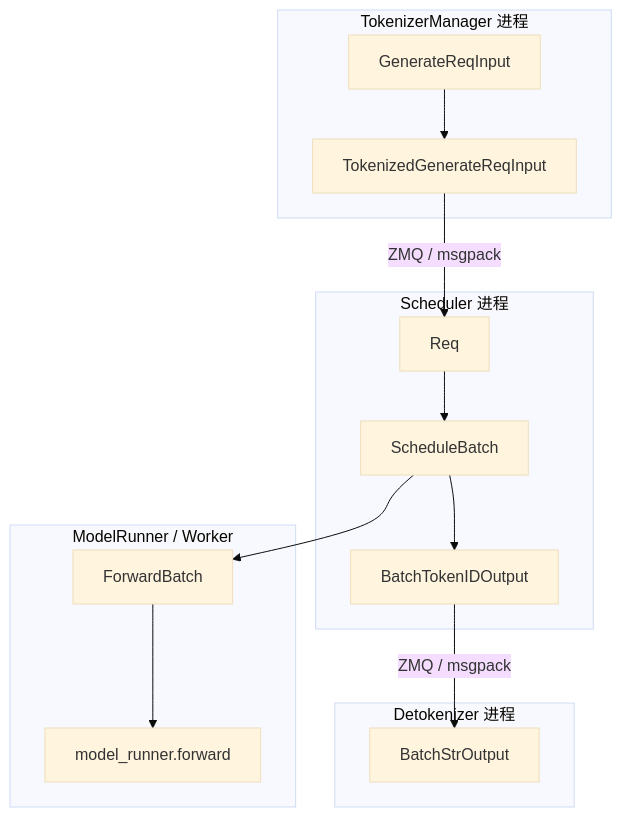
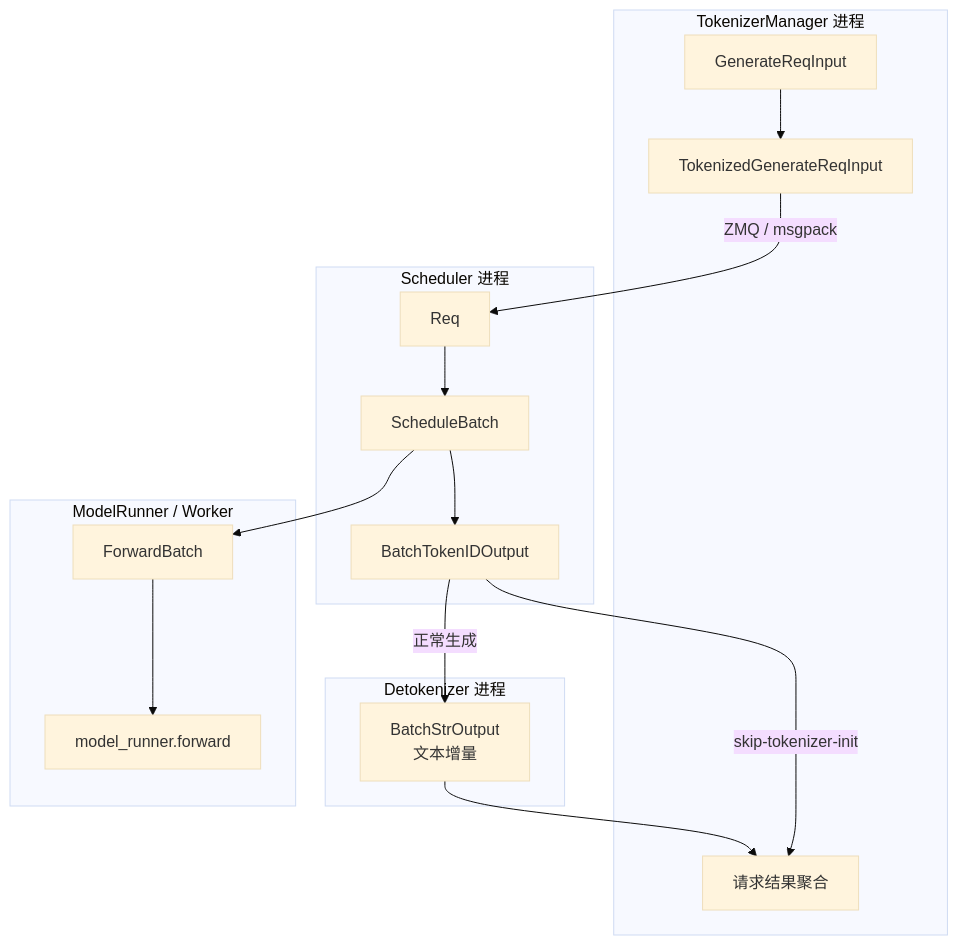
One commit to OnlyHero5/sglang-reading-vault changed the first of 2 diagrams in sglang_reading/请求调度/ScheduleBatch数据结构/SGLang-ScheduleBatch数据结构-数据流.md. Above: the diagram before and after it, drawn with Mermaid (base theme). The commit also changed other lines of this file and 512 other files, not shown here.

````diff
--- a/sglang_reading/请求调度/ScheduleBatch数据结构/SGLang-ScheduleBatch数据结构-数据流.md
+++ b/sglang_reading/请求调度/ScheduleBatch数据结构/SGLang-ScheduleBatch数据结构-数据流.md
@@ -26,29 +26,32 @@
 ```mermaid
 flowchart TB
     subgraph "TokenizerManager 进程"
         G["GenerateReqInput"]
         TG["TokenizedGenerateReqInput"]
+        TMOUT["请求结果聚合"]
     end
 
     subgraph "Scheduler 进程"
         R["Req"]
         SB["ScheduleBatch"]
         TO["BatchTokenIDOutput"]
     end
 
     subgraph "ModelRunner / Worker"
         FB["ForwardBatch"]
         MR["model_runner.forward"]
     end
 
     subgraph "Detokenizer 进程"
-        SO["BatchStrOutput"]
+        SO["BatchStrOutput<br/>文本增量"]
     end
 
     G --> TG
     TG -->|"ZMQ / msgpack"| R
     R --> SB
     SB --> FB --> MR
     SB --> TO
-    TO -->|"ZMQ / msgpack"| SO
+    TO -->|"正常生成"| SO
+    TO -->|"skip-tokenizer-init"| TMOUT
+    SO --> TMOUT
 ```
````
